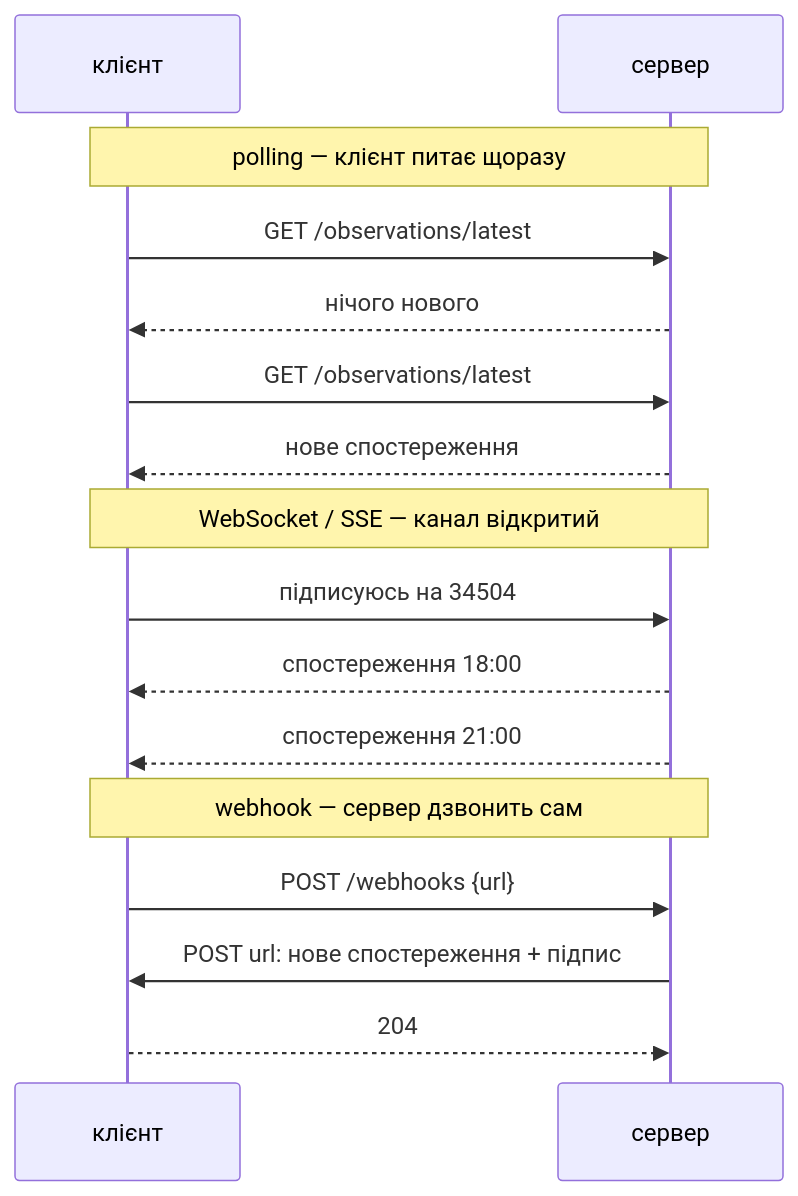
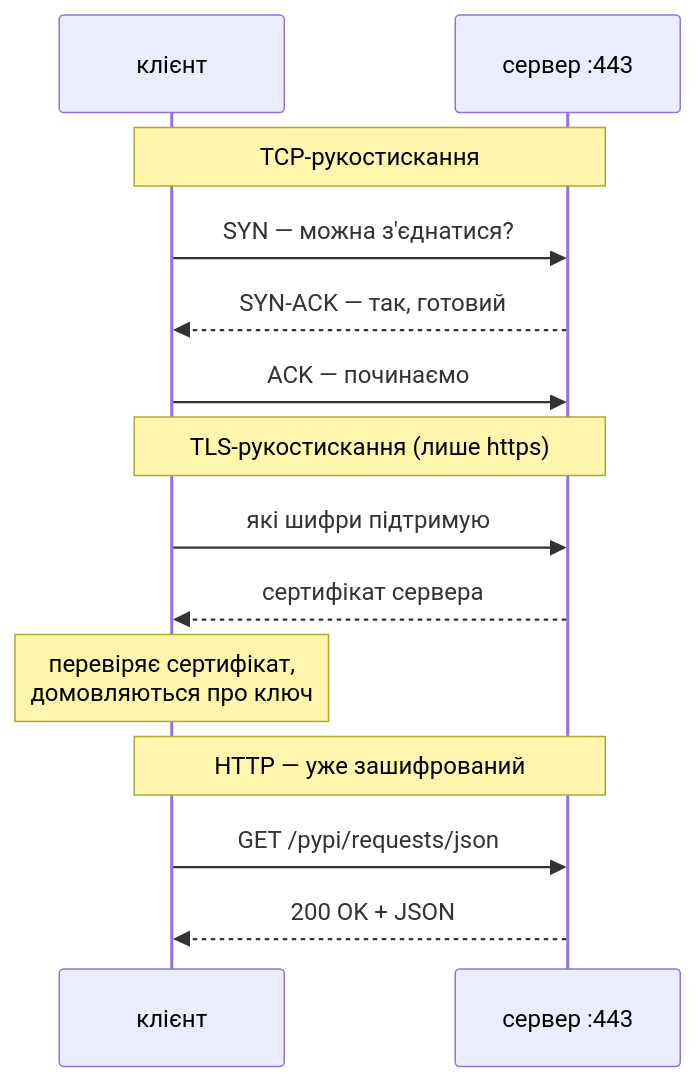
One commit to AlinaRadchenko/PY-Course-Victor-Nikoriak-22-09-2026 changed the first of 8 diagrams in docs/modules/m4/lesson_32.md. Above: the diagram before and after it, drawn with Mermaid. The commit also changed other lines of this file and 1846 other files, not shown here.

````diff
--- a/docs/modules/m4/lesson_32.md
+++ b/docs/modules/m4/lesson_32.md
@@ -348,18 +152,16 @@
 ```mermaid
 sequenceDiagram
     participant C as клієнт
-    participant S as сервер
-    Note over C,S: polling — клієнт питає щоразу
-    C->>S: GET /observations/latest
-    S-->>C: нічого нового
-    C->>S: GET /observations/latest
-    S-->>C: нове спостереження
-    Note over C,S: WebSocket / SSE — канал відкритий
-    C->>S: підписуюсь на 34504
-    S-->>C: спостереження 18:00
-    S-->>C: спостереження 21:00
-    Note over C,S: webhook — сервер дзвонить сам
-    C->>S: POST /webhooks {url}
-    S->>C: POST url: нове спостереження + підпис
-    C-->>S: 204
+    participant S as сервер :443
+    Note over C,S: TCP-рукостискання
+    C->>S: SYN — можна з'єднатися?
+    S-->>C: SYN-ACK — так, готовий
+    C->>S: ACK — починаємо
+    Note over C,S: TLS-рукостискання (лише https)
+    C->>S: які шифри підтримую
+    S-->>C: сертифікат сервера
+    Note over C: перевіряє сертифікат,<br>домовляються про ключ
+    Note over C,S: HTTP — уже зашифрований
+    C->>S: GET /pypi/requests/json
+    S-->>C: 200 OK + JSON
 ```
````
